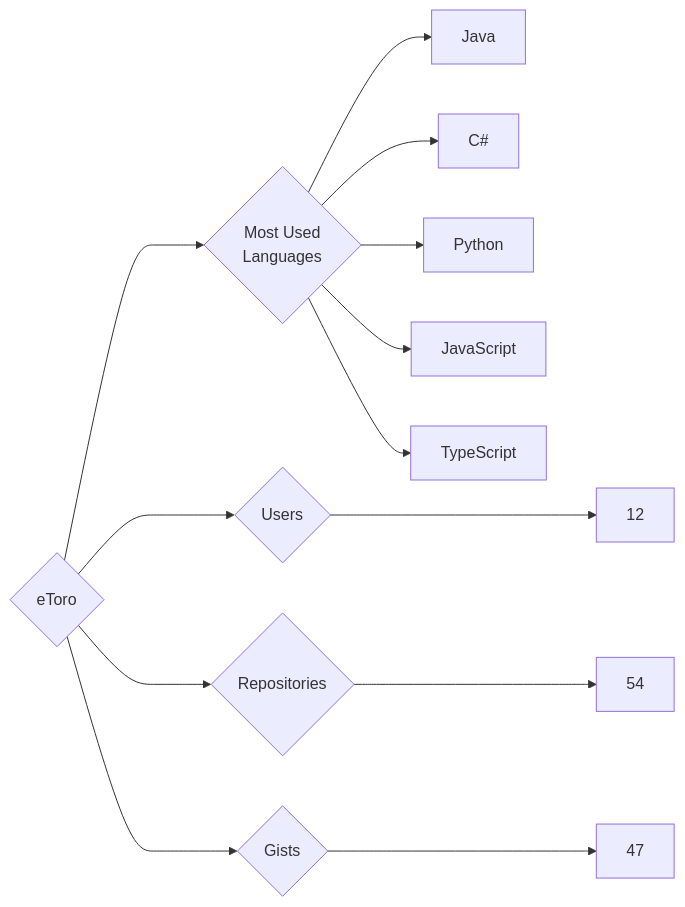
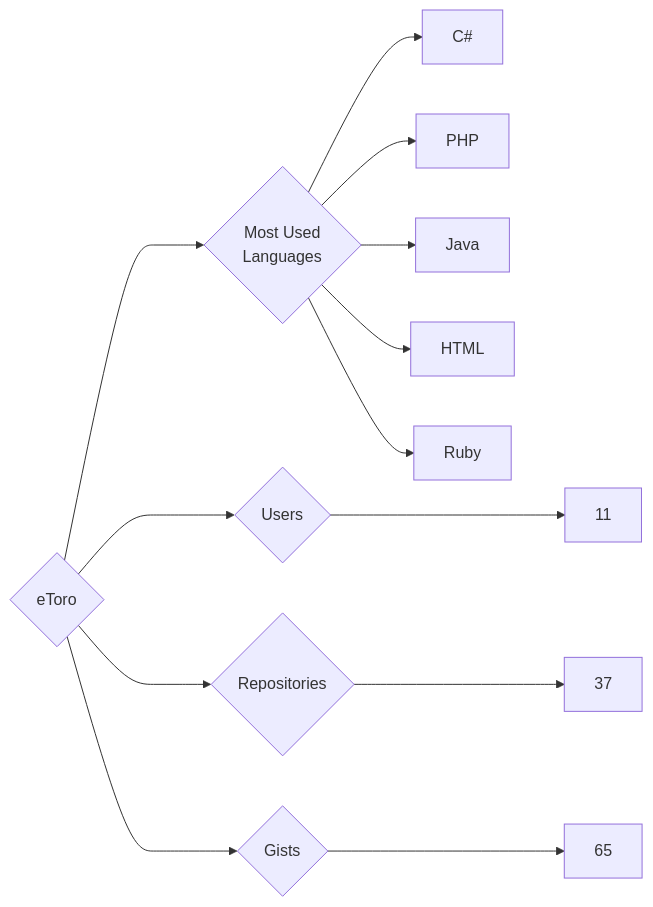
One commit to trickest/insiders changed the diagram in targets/eToro/README.md. Above: the diagram before and after it, drawn with Mermaid. The commit also changed 594 other files, not shown here.

````diff
--- a/targets/eToro/README.md
+++ b/targets/eToro/README.md
@@ -3,13 +3,13 @@
 ```mermaid
 graph LR
 COMPANY_NAME{eToro}
-COMPANY_NAME ---> U{Users} ---> UN[12]
-COMPANY_NAME ---> R{Repositories} ---> RN[54]
-COMPANY_NAME ---> G{Gists} ---> GN[47]
+COMPANY_NAME ---> U{Users} ---> UN[11]
+COMPANY_NAME ---> R{Repositories} ---> RN[37]
+COMPANY_NAME ---> G{Gists} ---> GN[65]
 COMPANY_NAME ---> ML{Most Used<br>Languages}
+ML --> C#[C#]
+ML --> PHP[PHP]
 ML --> Java[Java]
-ML --> C#[C#]
-ML --> Python[Python]
-ML --> JavaScript[JavaScript]
-ML --> TypeScript[TypeScript]
+ML --> HTML[HTML]
+ML --> Ruby[Ruby]
 ```
````
